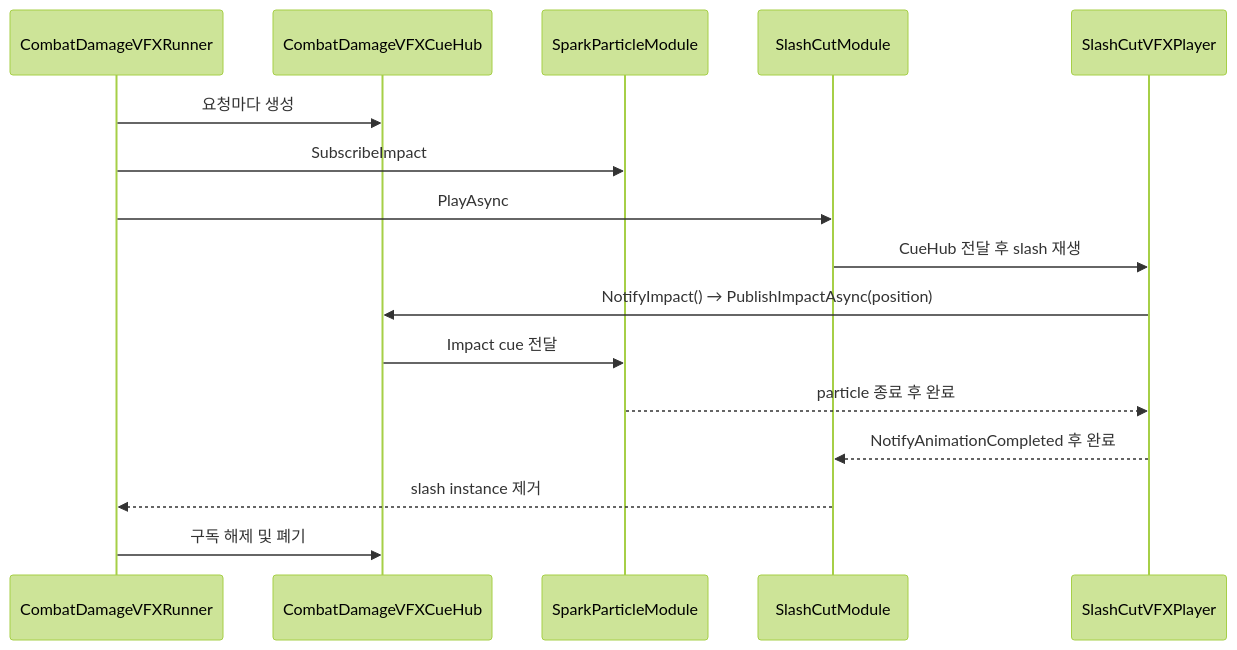
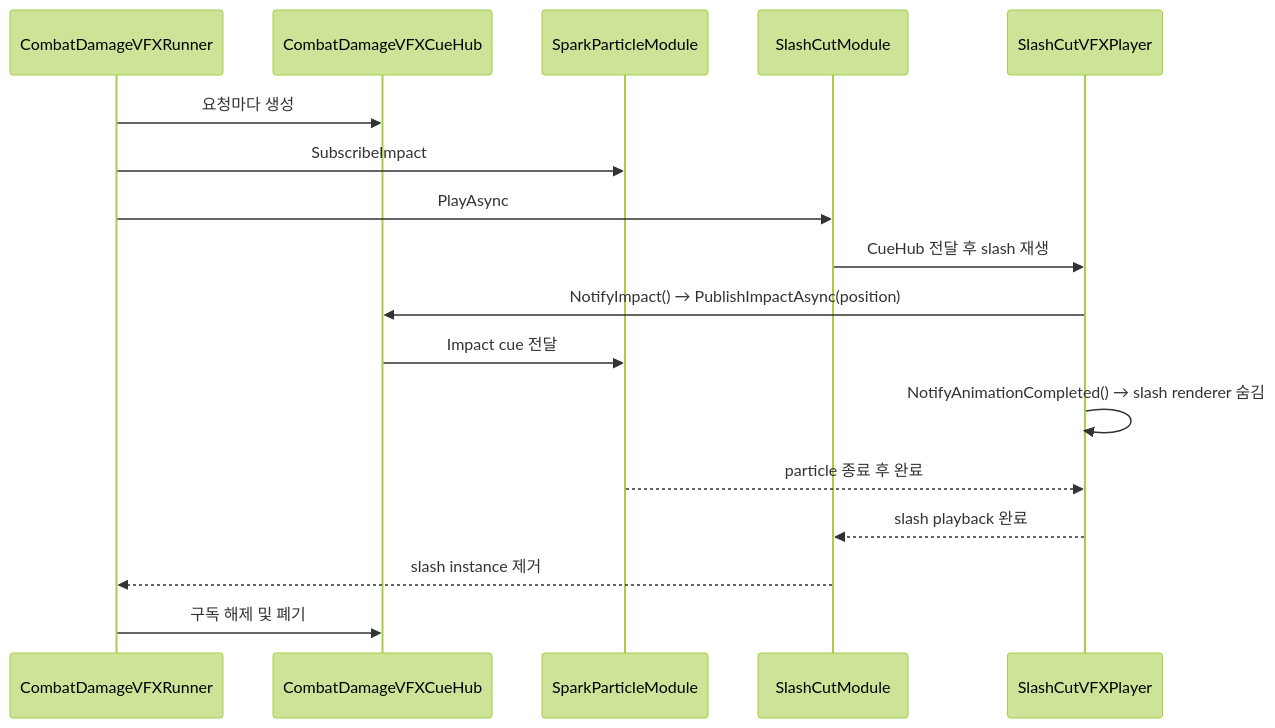
One commit to YooKyubin/SlotRogue changed the second of 2 diagrams in docs/design-docs/combat-damage-vfx.md. Above: the diagram before and after it, drawn with Mermaid (forest theme). The commit also changed other lines of this file and 3 other files, not shown here.

````diff
--- a/docs/design-docs/combat-damage-vfx.md
+++ b/docs/design-docs/combat-damage-vfx.md
@@ -65,19 +65,20 @@
 ```mermaid
 sequenceDiagram
     participant R as CombatDamageVFXRunner
     participant H as CombatDamageVFXCueHub
     participant S as SparkParticleModule
     participant L as SlashCutModule
     participant P as SlashCutVFXPlayer
 
     R->>H: 요청마다 생성
     R->>S: SubscribeImpact
     R->>L: PlayAsync
     L->>P: CueHub 전달 후 slash 재생
     P->>H: NotifyImpact() → PublishImpactAsync(position)
     H->>S: Impact cue 전달
+    P->>P: NotifyAnimationCompleted() → slash renderer 숨김
     S-->>P: particle 종료 후 완료
-    P-->>L: NotifyAnimationCompleted 후 완료
+    P-->>L: slash playback 완료
     L-->>R: slash instance 제거
     R->>H: 구독 해제 및 폐기
 ```
````
